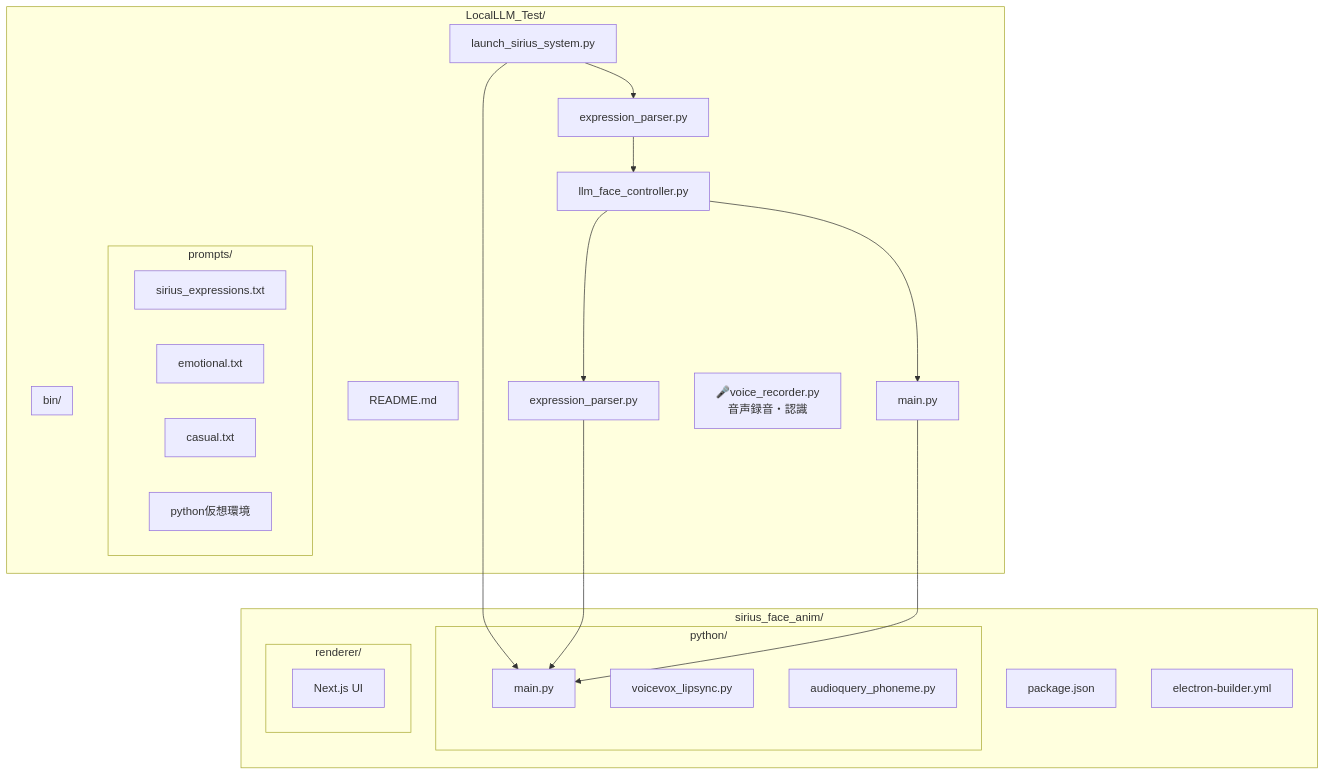
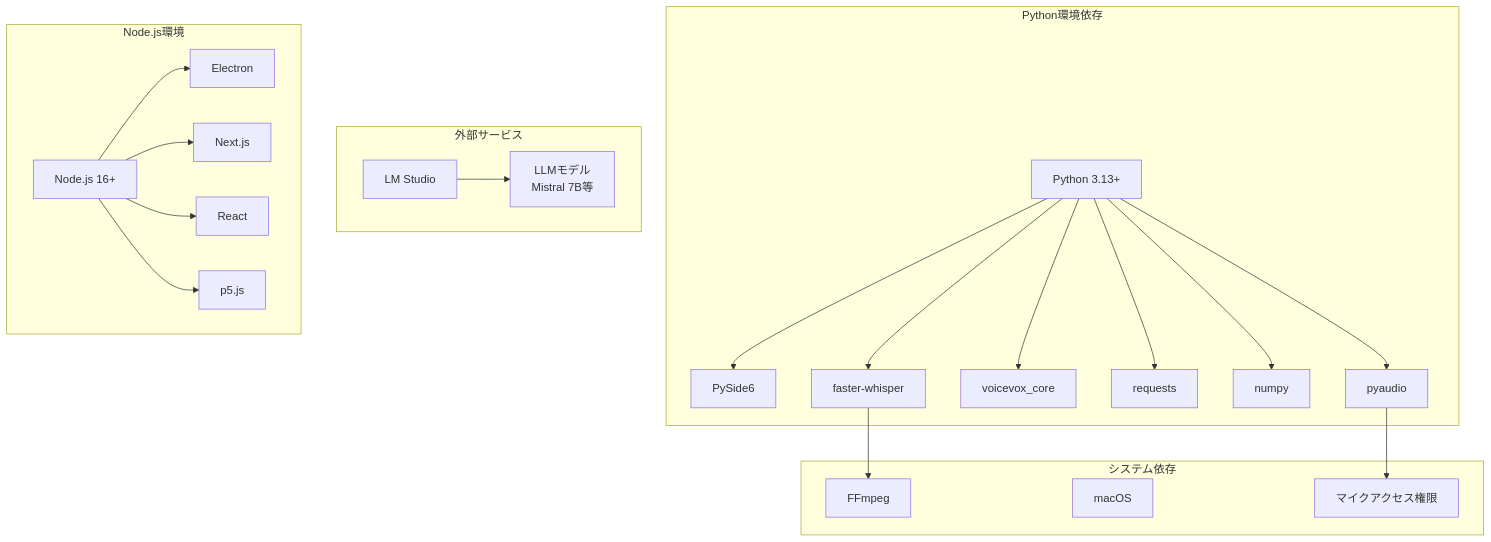
One commit to YakiFrog/LocalLLM_Test changed the ninth of 11 diagrams in README.md. Above: the diagram before and after it, drawn with Mermaid. The commit also changed other lines of this file and 1 other file, not shown here.

````diff
--- a/README.md
+++ b/README.md
@@ -803,46 +1117,48 @@
 ```mermaid
 graph TB
-    subgraph "LocalLLM_Test/"
-        A[README.md]
-        B[launch_sirius_system.py]
-        C[expression_parser.py]
-        D[llm_face_controller.py]
-        E[expression_parser.py]
-        F[main.py]
-        G[🎤voice_recorder.py<br/>音声録音・認識]
-        
-        subgraph "prompts/"
-            H[sirius_expressions.txt]
-            I[emotional.txt]
-            J[casual.txt]
-            K[technical.txt]
-        end
-        
-        subgraph "bin/"
-            K[python仮想環境]
-        end
+    subgraph "Python環境依存"
+        PY[Python 3.13+]
+        PYSIDE[PySide6]
+        WHISPER[faster-whisper] 
+        VOICEVOX[voicevox_core]
+        REQUESTS[requests]
+        NUMPY[numpy]
+        PYAUDIO[pyaudio]
     end
     
-    subgraph "sirius_face_anim/"
-        L[package.json]
-        M[electron-builder.yml]
-        
-        subgraph "python/"
-            N[main.py]
-            O[voicevox_lipsync.py]
-            P[audioquery_phoneme.py]
-        end
-        
-        subgraph "renderer/"
-            Q[Next.js UI]
-        end
+    subgraph "システム依存"
+        FFMPEG[FFmpeg]
+        MACOS[macOS]
+        MIC[マイクアクセス権限]
     end
     
-    B --> C
-    B --> N
-    C --> D
-    D --> E
-    D --> F
-    E --> N
-    F --> N
+    subgraph "外部サービス"
+        LM_STUDIO[LM Studio]
+        MODELS[LLMモデル<br/>Mistral 7B等]
+    end
+    
+    subgraph "Node.js環境"
+        NODE[Node.js 16+]
+        ELECTRON[Electron]
+        NEXTJS[Next.js]
+        REACT[React]
+        P5JS[p5.js]
+    end
+    
+    PY --> PYSIDE
+    PY --> WHISPER
+    PY --> VOICEVOX
+    PY --> REQUESTS
+    PY --> NUMPY
+    PY --> PYAUDIO
+    
+    WHISPER --> FFMPEG
+    PYAUDIO --> MIC
+    
+    LM_STUDIO --> MODELS
+    
+    NODE --> ELECTRON
+    NODE --> NEXTJS
+    NODE --> REACT
+    NODE --> P5JS
 ```
````
